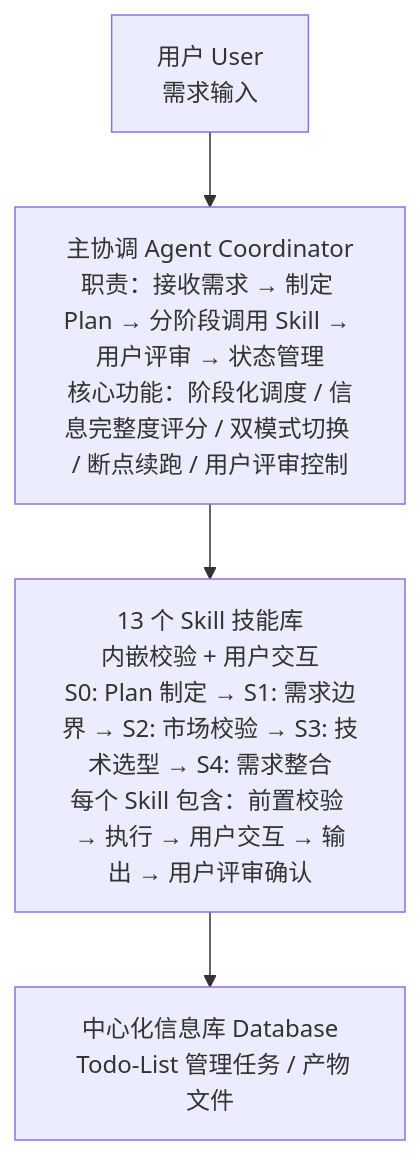
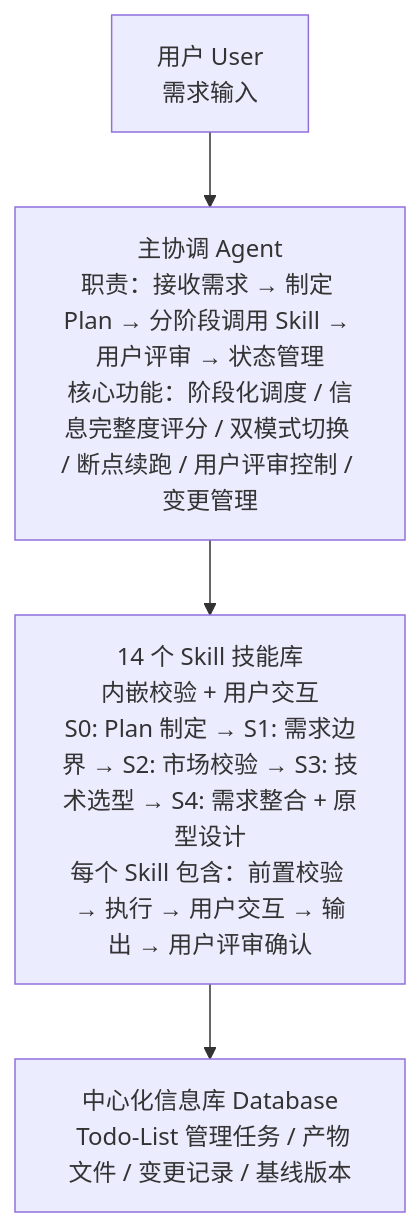
The first of 9 diagrams in WORKFLOW.md (HeartFlying/swf), drawn with Mermaid before and after one commit. The commit also changed other lines of this file and 39 other files, not shown here.

````diff
--- a/WORKFLOW.md
+++ b/WORKFLOW.md
@@ -20,6 +20,6 @@
 ```mermaid
 graph TD
-    A[用户 User<br/>需求输入] --> B[主协调 Agent Coordinator<br/>职责：接收需求 → 制定 Plan → 分阶段调用 Skill → 用户评审 → 状态管理<br/>核心功能：阶段化调度 / 信息完整度评分 / 双模式切换 / 断点续跑 / 用户评审控制]
-    B --> C[13 个 Skill 技能库<br/>内嵌校验 + 用户交互<br/>S0: Plan 制定 → S1: 需求边界 → S2: 市场校验 → S3: 技术选型 → S4: 需求整合<br/>每个 Skill 包含：前置校验 → 执行 → 用户交互 → 输出 → 用户评审确认]
-    C --> D[中心化信息库 Database<br/> Todo-List 管理任务 / 产物文件]
+    A[用户 User<br/>需求输入] --> B[主协调 Agent<br/>职责：接收需求 → 制定 Plan → 分阶段调用 Skill → 用户评审 → 状态管理<br/>核心功能：阶段化调度 / 信息完整度评分 / 双模式切换 / 断点续跑 / 用户评审控制 / 变更管理]
+    B --> C[14 个 Skill 技能库<br/>内嵌校验 + 用户交互<br/>S0: Plan 制定 → S1: 需求边界 → S2: 市场校验 → S3: 技术选型 → S4: 需求整合 + 原型设计<br/>每个 Skill 包含：前置校验 → 执行 → 用户交互 → 输出 → 用户评审确认]
+    C --> D[中心化信息库 Database<br/> Todo-List 管理任务 / 产物文件 / 变更记录 / 基线版本]
 ```
````
